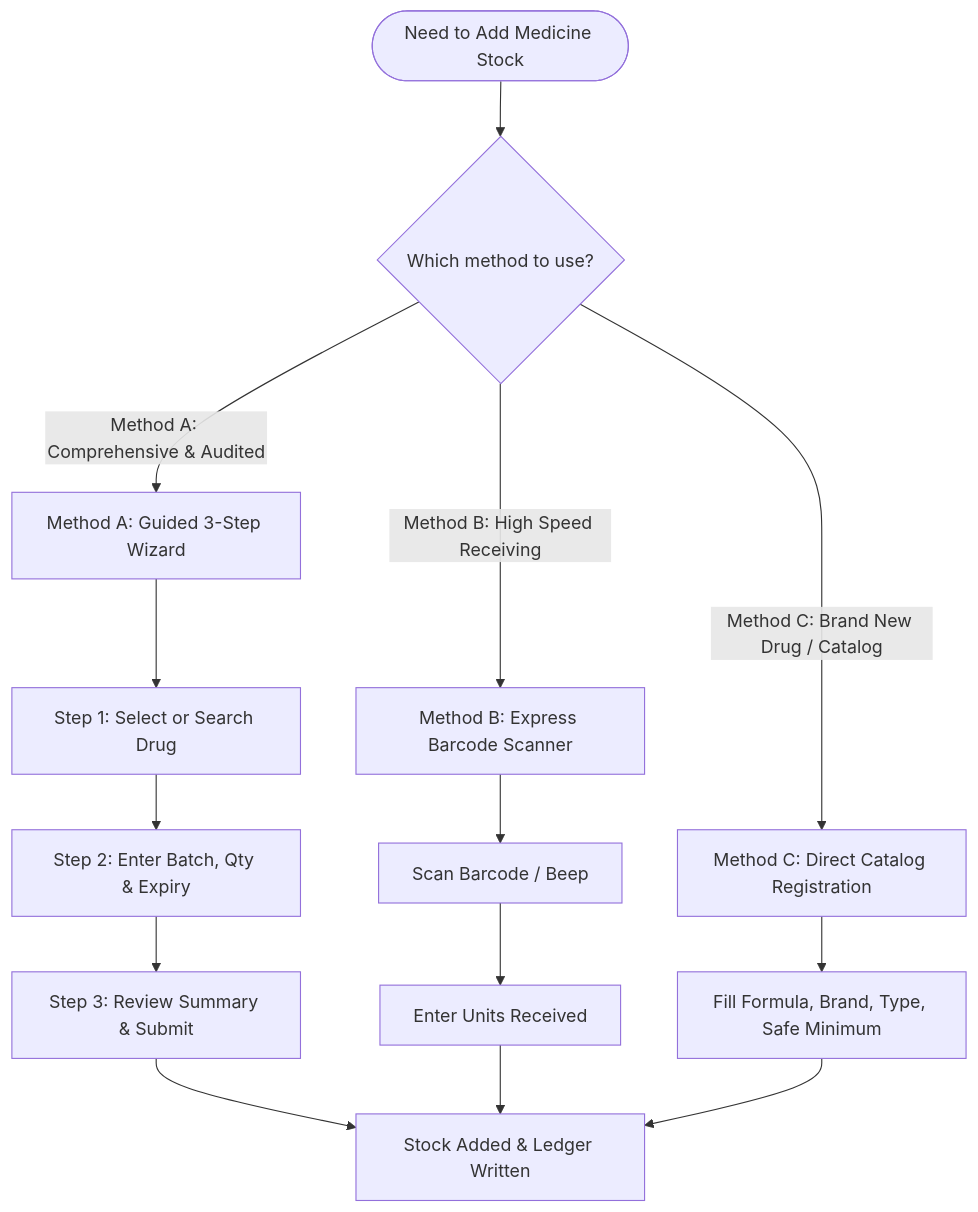
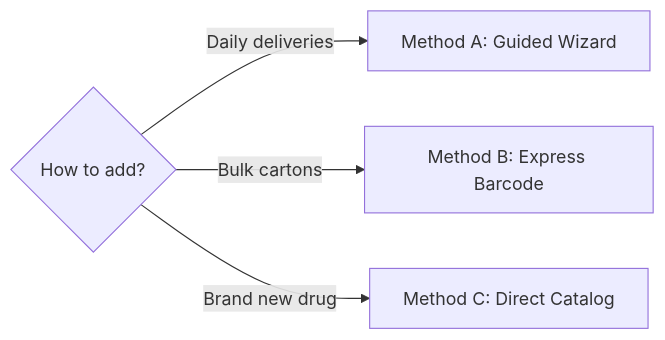
One commit to anskun7-alt/GMWF changed the diagram in guides/modules/02_dispensary/inventory/README.md. Above: the diagram before and after it, drawn with Mermaid. The commit also changed other lines of this file and 54 other files, not shown here.

````diff
--- a/guides/modules/02_dispensary/inventory/README.md
+++ b/guides/modules/02_dispensary/inventory/README.md
@@ -148,20 +118,7 @@
 ```mermaid
-flowchart TD
-    Start([Need to Add Medicine Stock]) --> Choice{Which method to use?}
-    
-    Choice -->|Method A: Comprehensive & Audited| Guided[Method A: Guided 3-Step Wizard]
-    Choice -->|Method B: High Speed Receiving| Express[Method B: Express Barcode Scanner]
-    Choice -->|Method C: Brand New Drug / Catalog| Direct[Method C: Direct Catalog Registration]
-
-    Guided --> Step1[Step 1: Select or Search Drug]
-    Step1 --> Step2[Step 2: Enter Batch, Qty & Expiry]
-    Step2 --> Step3[Step 3: Review Summary & Submit]
-    Step3 --> Finish[Stock Added & Ledger Written]
-
-    Express --> Scan[Scan Barcode / Beep]
-    Scan --> QuickQty[Enter Units Received]
-    QuickQty --> Finish
-
-    Direct --> Form[Fill Formula, Brand, Type, Safe Minimum]
-    Form --> Finish
+graph LR
+    Choice{How to add?}
+    Choice -->|Daily deliveries| A[Method A: Guided Wizard]
+    Choice -->|Bulk cartons| B[Method B: Express Barcode]
+    Choice -->|Brand new drug| C[Method C: Direct Catalog]
 ```
````
